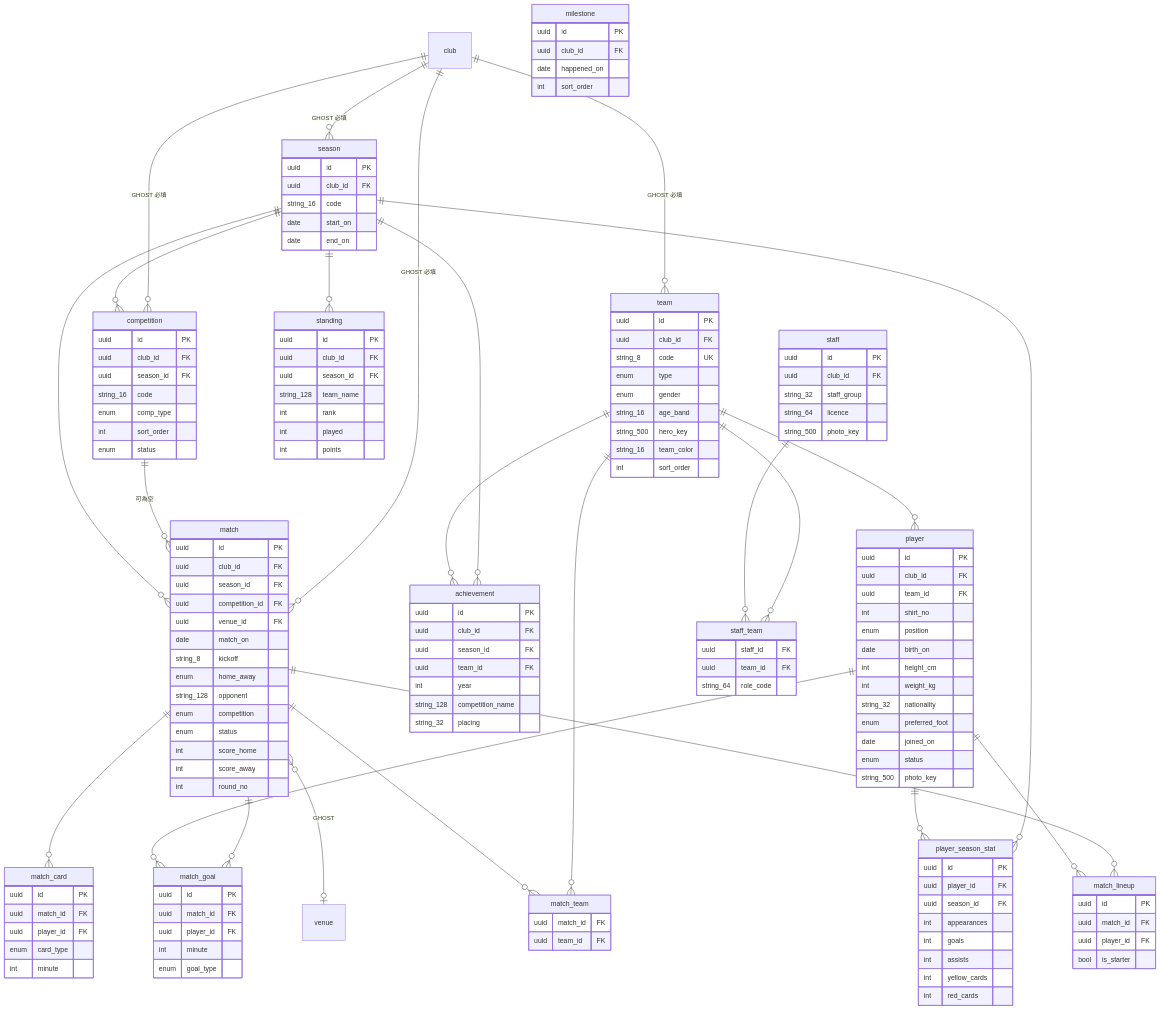
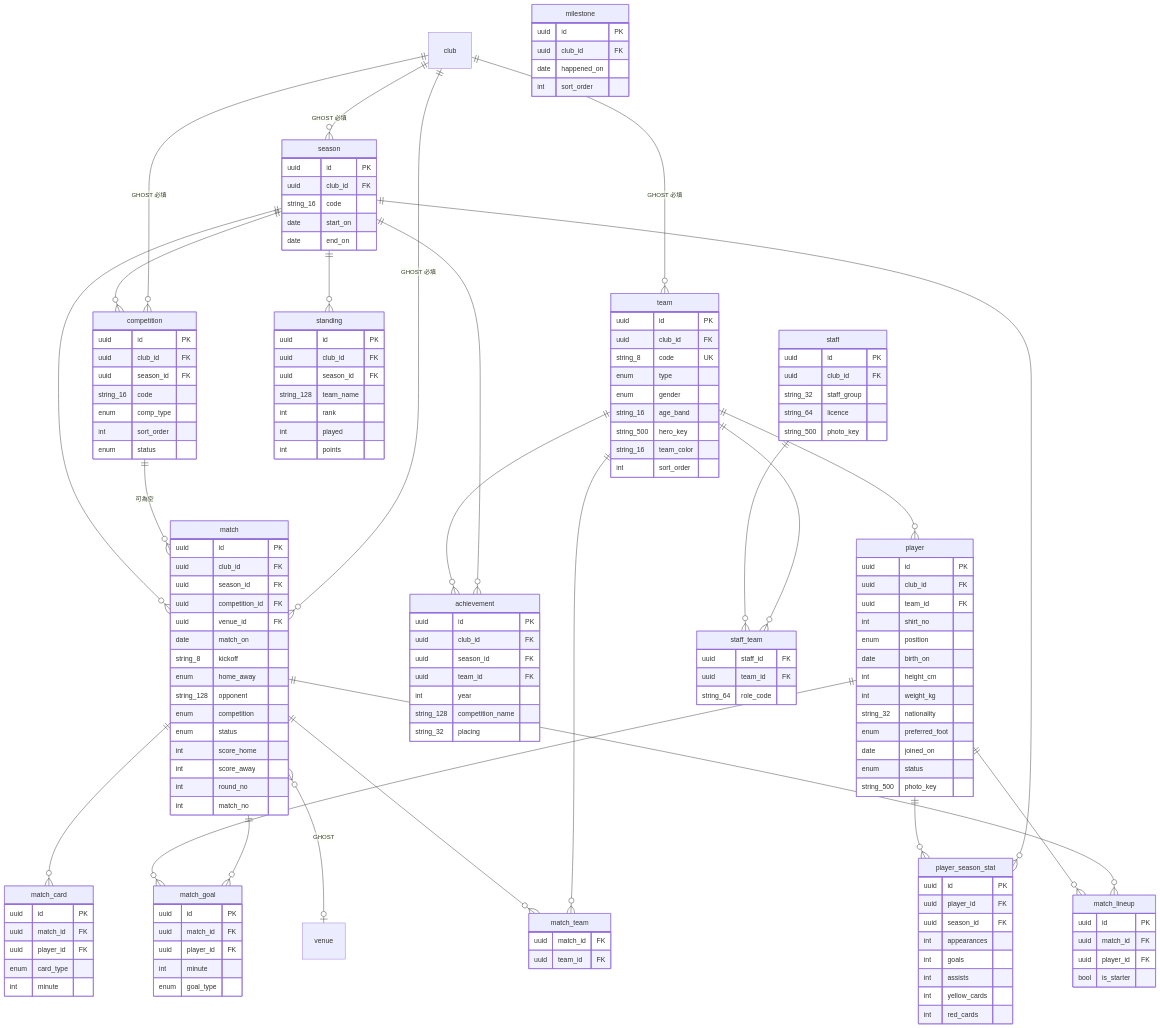
One commit to waiting0201/tcrfc changed the third of 16 diagrams in docs/12a-database-erd.md. Above: the diagram before and after it, drawn with Mermaid. The commit also changed 9 other files, not shown here.

```diff
--- a/docs/12a-database-erd.md
+++ b/docs/12a-database-erd.md
@@ -288,6 +288,7 @@
     int score_home
     int score_away
     int round_no
+    int match_no
   }
   match_team {
     uuid match_id FK
```
